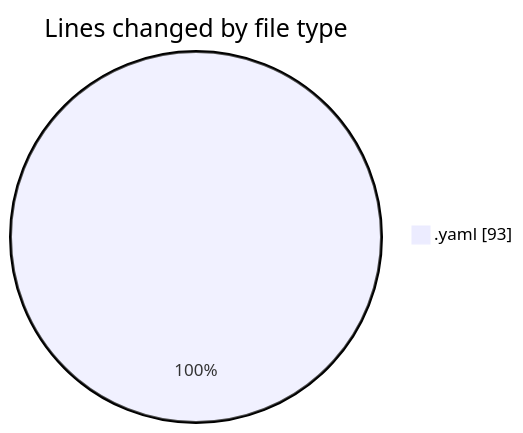
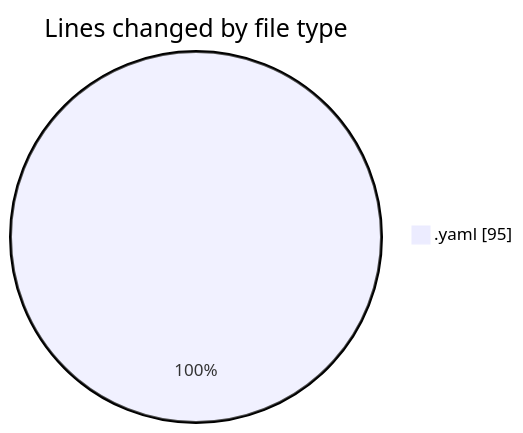
One commit to donsfak/code-tracking changed the first of 2 diagrams in 2025-02-16/uber_clone/README.md. Above: the diagram before and after it, drawn with Mermaid. The commit also changed other lines of this file and 1 other file, not shown here.

````diff
--- a/2025-02-16/uber_clone/README.md
+++ b/2025-02-16/uber_clone/README.md
@@ -20,5 +20,5 @@
 ```mermaid
 pie showData
 title Lines changed by file type
-".yaml" : 93
+".yaml" : 95
 ```
````
